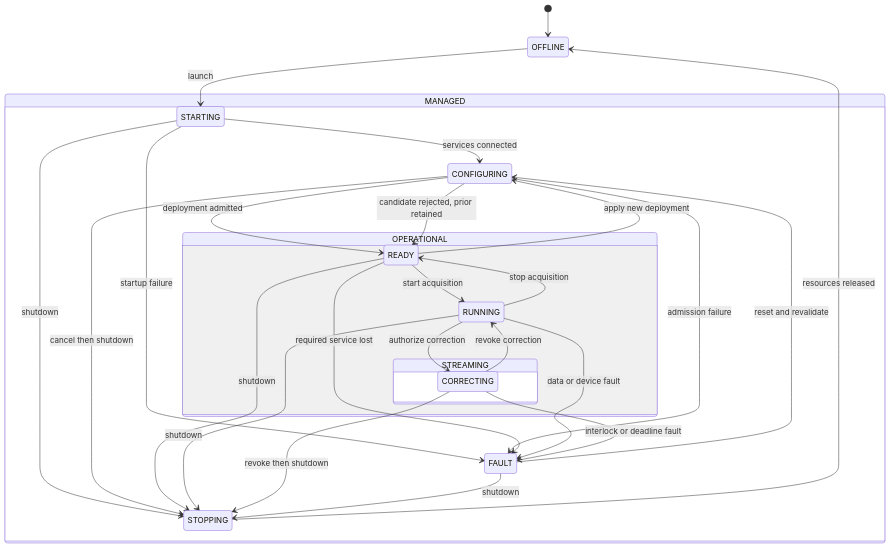
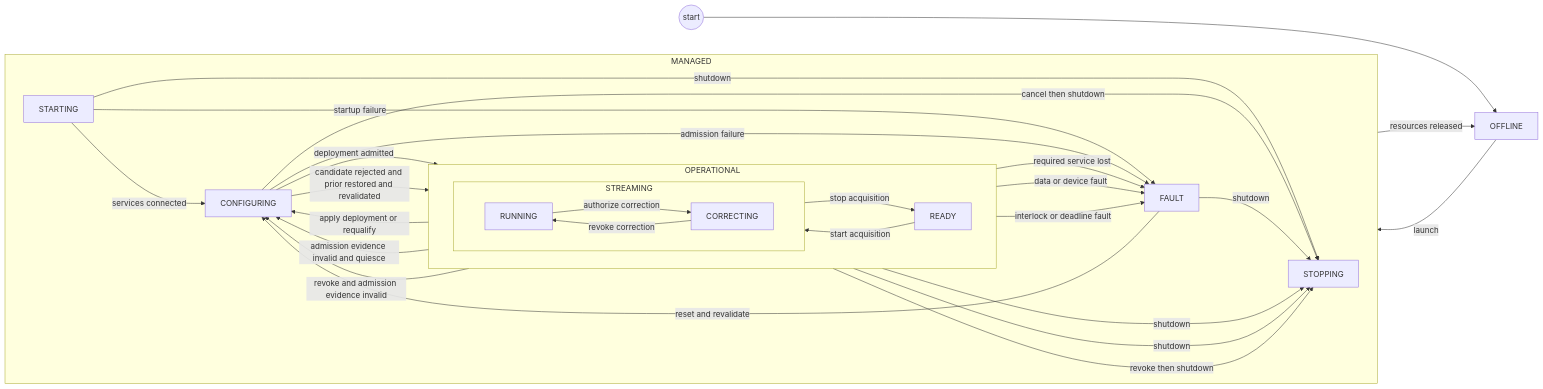
One commit to DarrylGamroth/pipewireao-rtc changed the second of 9 diagrams in docs/operations.md. Above: the diagram before and after it, drawn with Mermaid. The commit also changed other lines of this file and 8 other files, not shown here.

Commit message:
docs: define incremental RTC architecture

````diff
--- a/docs/operations.md
+++ b/docs/operations.md
@@ -30,39 +833,48 @@
 ```mermaid
-stateDiagram-v2
-    [*] --> OFFLINE
-    OFFLINE --> STARTING: launch
+flowchart LR
+    INITIAL((start)) --> OFFLINE[OFFLINE]
 
-    state MANAGED {
-        STARTING --> CONFIGURING: services connected
-        CONFIGURING --> READY: deployment admitted
-        CONFIGURING --> READY: candidate rejected, prior retained
+    subgraph MANAGED[MANAGED]
+        direction LR
+        STARTING[STARTING]
+        CONFIGURING[CONFIGURING]
+        FAULT[FAULT]
+        STOPPING[STOPPING]
 
-        state OPERATIONAL {
-            READY --> RUNNING: start acquisition
+        subgraph OPERATIONAL[OPERATIONAL]
+            direction LR
+            READY[READY]
 
-            state STREAMING {
-                RUNNING --> CORRECTING: authorize correction
-                CORRECTING --> RUNNING: revoke correction
-            }
+            subgraph STREAMING[STREAMING]
+                direction LR
+                RUNNING[RUNNING]
+                CORRECTING[CORRECTING]
+            end
+        end
+    end
 
-            RUNNING --> READY: stop acquisition
-        }
-
-        FAULT --> CONFIGURING: reset and revalidate
-        STOPPING
-    }
-
-    READY --> CONFIGURING: apply new deployment
-    STARTING --> FAULT: startup failure
-    CONFIGURING --> FAULT: admission failure
-    READY --> FAULT: required service lost
-    RUNNING --> FAULT: data or device fault
-    CORRECTING --> FAULT: interlock or deadline fault
-    STARTING --> STOPPING: shutdown
-    CONFIGURING --> STOPPING: cancel then shutdown
-    READY --> STOPPING: shutdown
-    RUNNING --> STOPPING: shutdown
-    CORRECTING --> STOPPING: revoke then shutdown
-    FAULT --> STOPPING: shutdown
-    STOPPING --> OFFLINE: resources released
+    OFFLINE -->|launch| STARTING
+    STARTING -->|services connected| CONFIGURING
+    CONFIGURING -->|deployment admitted| READY
+    CONFIGURING -->|candidate rejected and prior restored and revalidated| READY
+    READY -->|start acquisition| RUNNING
+    RUNNING -->|authorize correction| CORRECTING
+    CORRECTING -->|revoke correction| RUNNING
+    RUNNING -->|stop acquisition| READY
+    RUNNING -->|admission evidence invalid and quiesce| CONFIGURING
+    CORRECTING -->|revoke and admission evidence invalid| CONFIGURING
+    FAULT -->|reset and revalidate| CONFIGURING
+    READY -->|apply deployment or requalify| CONFIGURING
+    STARTING -->|startup failure| FAULT
+    CONFIGURING -->|admission failure| FAULT
+    READY -->|required service lost| FAULT
+    RUNNING -->|data or device fault| FAULT
+    CORRECTING -->|interlock or deadline fault| FAULT
+    STARTING -->|shutdown| STOPPING
+    CONFIGURING -->|cancel then shutdown| STOPPING
+    READY -->|shutdown| STOPPING
+    RUNNING -->|shutdown| STOPPING
+    CORRECTING -->|revoke then shutdown| STOPPING
+    FAULT -->|shutdown| STOPPING
+    STOPPING -->|resources released| OFFLINE
 ```
````
